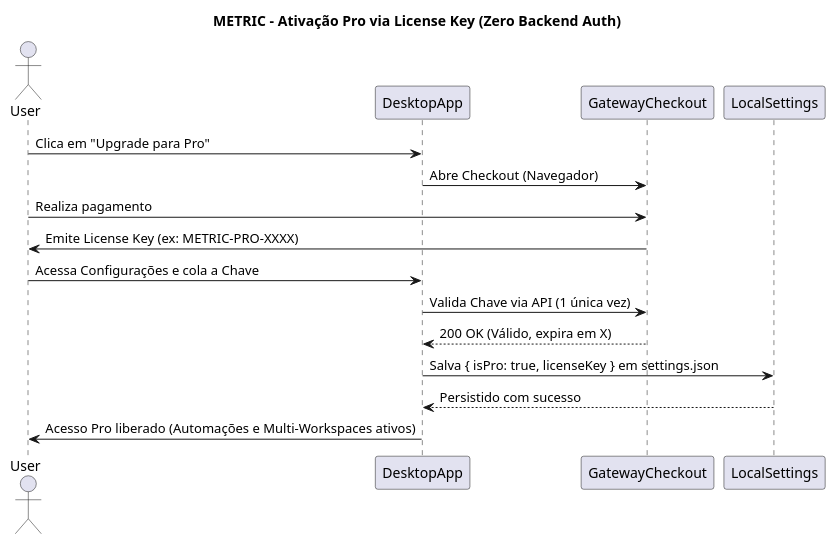
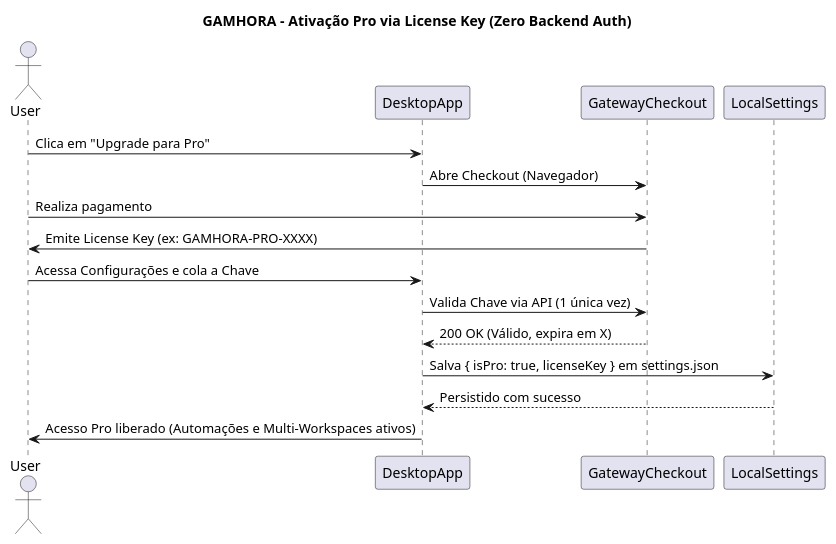
The diagram in docs/srs/diagrams/puml/flow/diagram-flow-007-payment-pro.puml (Gustavohps10/gamhora), drawn with PlantUML before and after one commit. The commit also changed 323 other files, not shown here.

Commit message:
feat(core): rebrand from Metric to Gamhora, setup typecheck pipeline and strict typings

```diff
--- a/docs/srs/diagrams/puml/flow/diagram-flow-007-payment-pro.puml
+++ b/docs/srs/diagrams/puml/flow/diagram-flow-007-payment-pro.puml
@@ -1,20 +1,20 @@
 @startuml PaymentProFlow
-title METRIC - Ativação Pro via License Key (Zero Backend Auth)
+title GAMHORA - Ativação Pro via License Key (Zero Backend Auth)
 actor User
 participant DesktopApp
 participant GatewayCheckout
 participant LocalSettings
 
 User -> DesktopApp: Clica em "Upgrade para Pro"
 DesktopApp -> GatewayCheckout: Abre Checkout (Navegador)
 User -> GatewayCheckout: Realiza pagamento
-GatewayCheckout -> User: Emite License Key (ex: METRIC-PRO-XXXX)
+GatewayCheckout -> User: Emite License Key (ex: GAMHORA-PRO-XXXX)
 
 User -> DesktopApp: Acessa Configurações e cola a Chave
 DesktopApp -> GatewayCheckout: Valida Chave via API (1 única vez)
 GatewayCheckout --> DesktopApp: 200 OK (Válido, expira em X)
 
 DesktopApp -> LocalSettings: Salva { isPro: true, licenseKey } em settings.json
 LocalSettings --> DesktopApp: Persistido com sucesso
 DesktopApp -> User: Acesso Pro liberado (Automações e Multi-Workspaces ativos)
 @enduml
```
